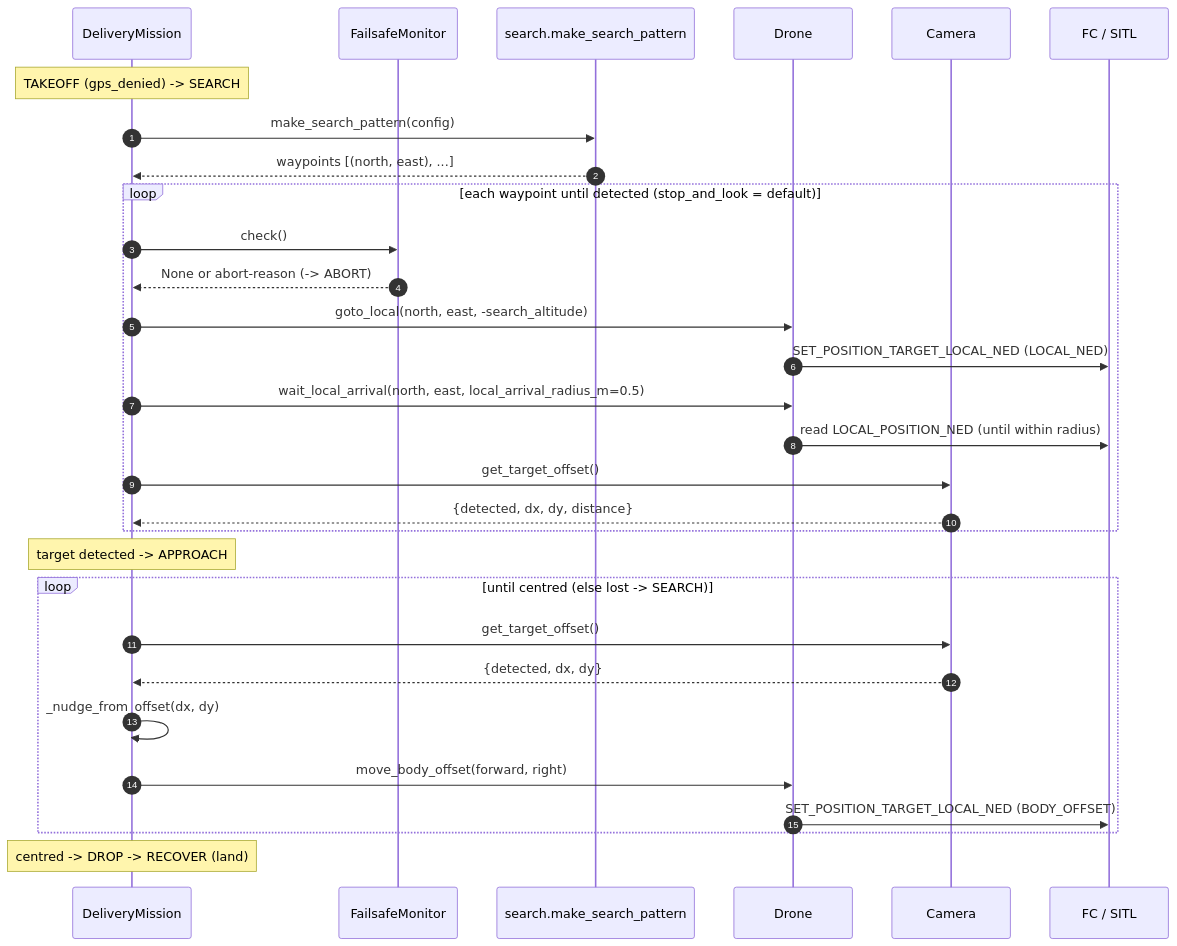
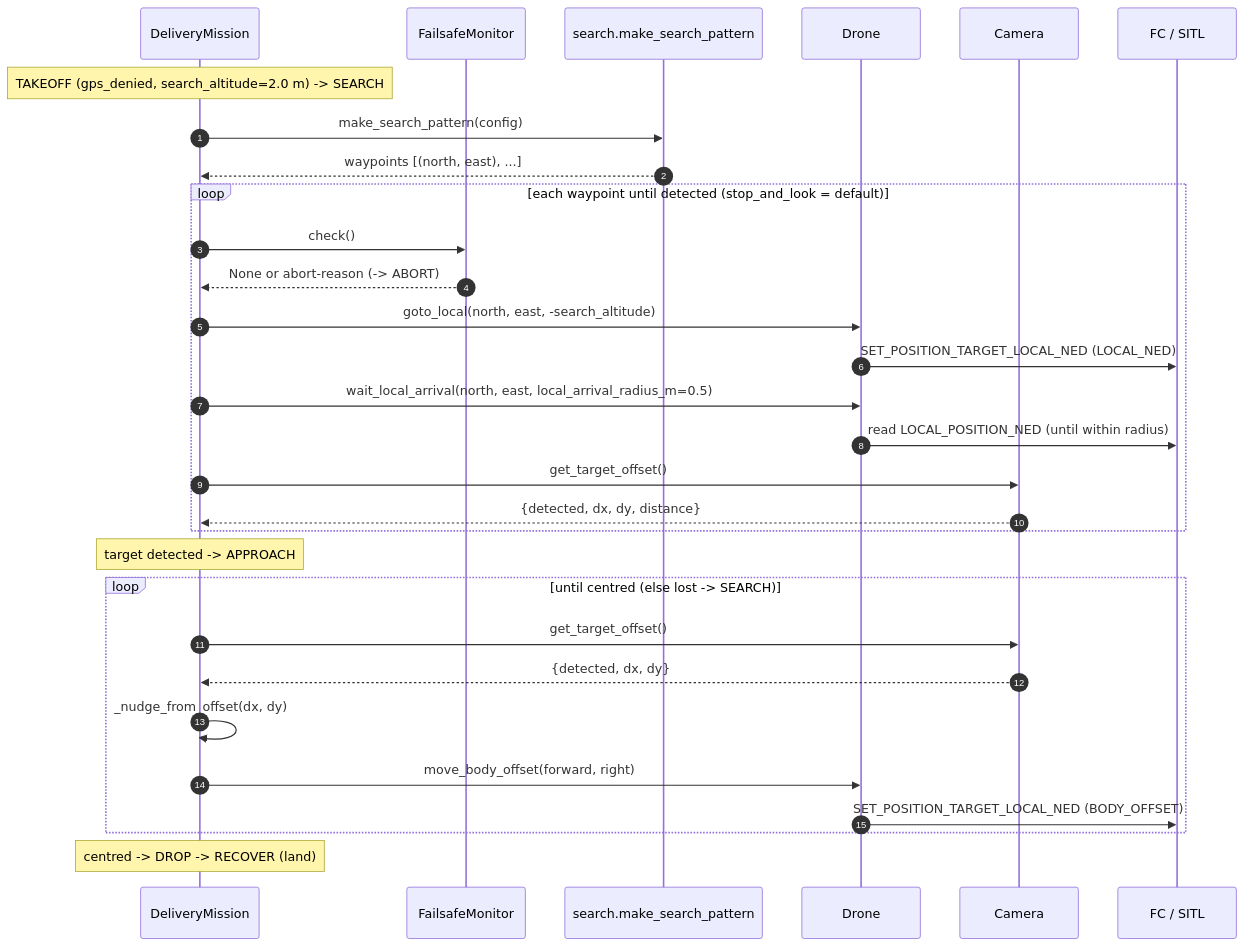
One commit to ki-drohnen-ss26/Pi-Code changed the sixth of 6 diagrams in docs/ARCHITECTURE.md. Above: the diagram before and after it, drawn with Mermaid. The commit also changed other lines of this file and 16 other files, not shown here.

````diff
--- a/docs/ARCHITECTURE.md
+++ b/docs/ARCHITECTURE.md
@@ -296,36 +370,36 @@
 ```mermaid
 sequenceDiagram
     autonumber
     participant Mis as DeliveryMission
     participant FS as FailsafeMonitor
     participant Sp as search.make_search_pattern
     participant Dr as Drone
     participant Cam as Camera
     participant FC as FC / SITL
 
-    note over Mis: TAKEOFF (gps_denied) -> SEARCH
+    note over Mis: TAKEOFF (gps_denied, search_altitude=2.0 m) -> SEARCH
     Mis->>Sp: make_search_pattern(config)
     Sp-->>Mis: waypoints [(north, east), ...]
 
     loop each waypoint until detected (stop_and_look = default)
         Mis->>FS: check()
         FS-->>Mis: None or abort-reason (-> ABORT)
         Mis->>Dr: goto_local(north, east, -search_altitude)
         Dr->>FC: SET_POSITION_TARGET_LOCAL_NED (LOCAL_NED)
         Mis->>Dr: wait_local_arrival(north, east, local_arrival_radius_m=0.5)
         Dr->>FC: read LOCAL_POSITION_NED (until within radius)
         Mis->>Cam: get_target_offset()
         Cam-->>Mis: {detected, dx, dy, distance}
     end
 
     note over Mis: target detected -> APPROACH
     loop until centred (else lost -> SEARCH)
         Mis->>Cam: get_target_offset()
         Cam-->>Mis: {detected, dx, dy}
         Mis->>Mis: _nudge_from_offset(dx, dy)
         Mis->>Dr: move_body_offset(forward, right)
         Dr->>FC: SET_POSITION_TARGET_LOCAL_NED (BODY_OFFSET)
     end
 
     note over Mis: centred -> DROP -> RECOVER (land)
 ```
````
